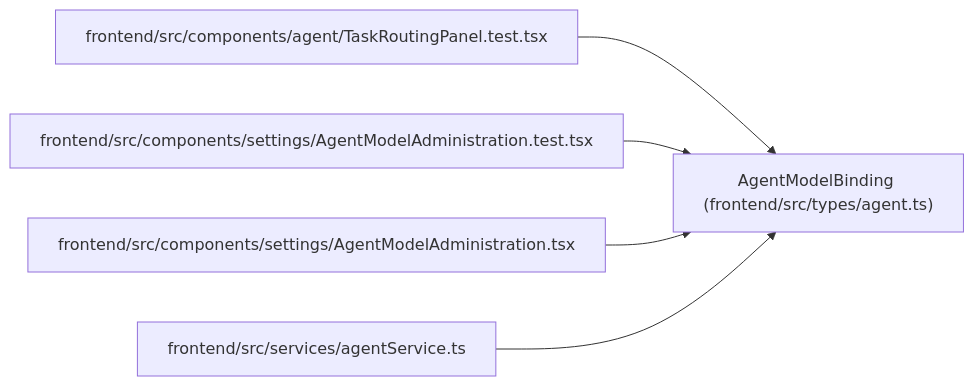
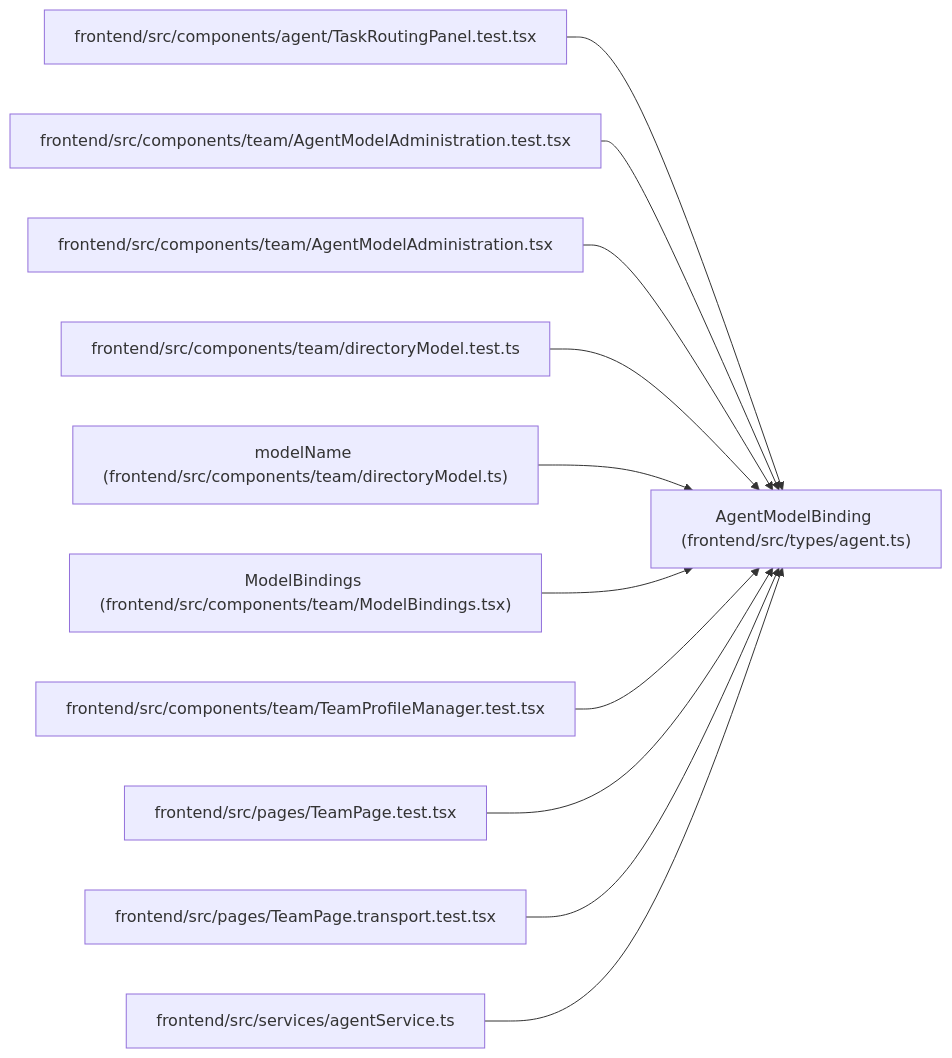
One commit to Denissvgn/WorkChord changed the diagram in docs/llm_wiki/entities/types_agent_AgentModelBinding.md. Above: the diagram before and after it, drawn with Mermaid. The commit also changed other lines of this file and 2373 other files, not shown here.

````diff
--- a/docs/llm_wiki/entities/types_agent_AgentModelBinding.md
+++ b/docs/llm_wiki/entities/types_agent_AgentModelBinding.md
@@ -40,17 +40,35 @@
 ```mermaid
 flowchart LR
     n0["AgentModelBinding (frontend/src/types/agent.ts)"]
     n1["frontend/src/components/agent/TaskRoutingPanel.test.tsx"]
-    n2["frontend/src/components/settings/AgentModelAdministration.test.tsx"]
-    n3["frontend/src/components/settings/AgentModelAdministration.tsx"]
-    n4["frontend/src/services/agentService.ts"]
+    n2["frontend/src/components/team/AgentModelAdministration.test.tsx"]
+    n3["frontend/src/components/team/AgentModelAdministration.tsx"]
+    n4["frontend/src/components/team/directoryModel.test.ts"]
+    n5["modelName (frontend/src/components/team/directoryModel.ts)"]
+    n6["ModelBindings (frontend/src/components/team/ModelBindings.tsx)"]
+    n7["frontend/src/components/team/TeamProfileManager.test.tsx"]
+    n8["frontend/src/pages/TeamPage.test.tsx"]
+    n9["frontend/src/pages/TeamPage.transport.test.tsx"]
+    n10["frontend/src/services/agentService.ts"]
     n1 --> n0
     n2 --> n0
     n3 --> n0
     n4 --> n0
+    n5 --> n0
+    n6 --> n0
+    n7 --> n0
+    n8 --> n0
+    n9 --> n0
+    n10 --> n0
     click n0 "../modules/types_agent.md"
     click n1 "../modules/TaskRoutingPanel.test.md"
     click n2 "../modules/AgentModelAdministration.test.md"
     click n3 "../modules/AgentModelAdministration.md"
-    click n4 "../modules/agentService.md"
+    click n4 "../modules/directoryModel.test.md"
+    click n5 "../modules/directoryModel.md"
+    click n6 "../modules/ModelBindings.md"
+    click n7 "../modules/TeamProfileManager.test.md"
+    click n8 "../modules/TeamPage.test.md"
+    click n9 "../modules/TeamPage.transport.test.md"
+    click n10 "../modules/agentService.md"
 ```
````
